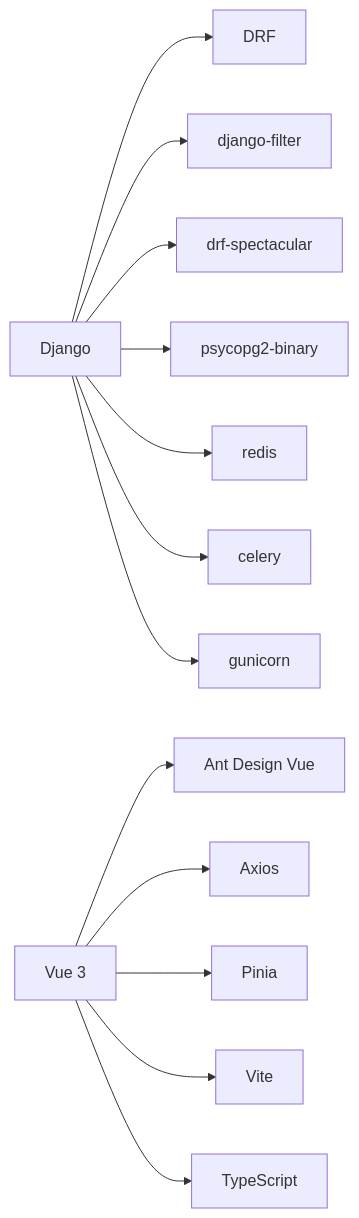
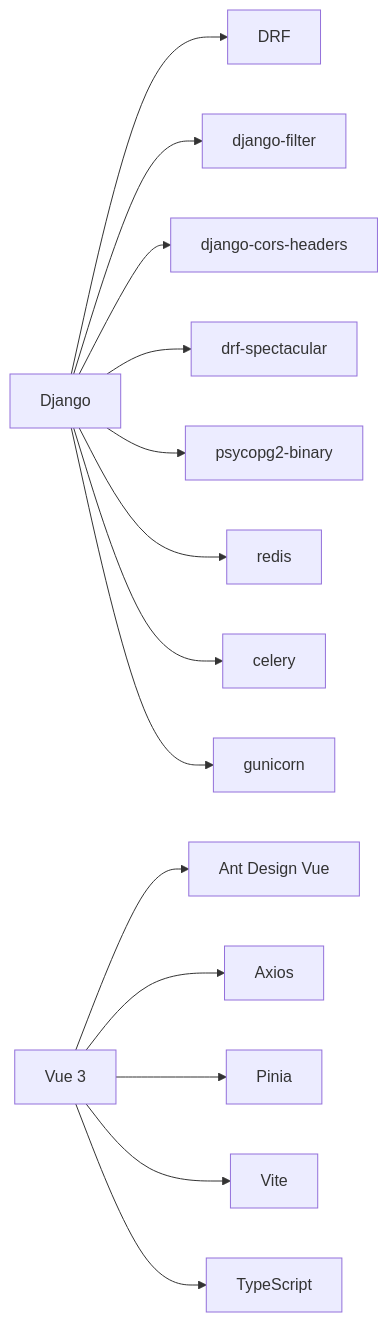
The third of 3 diagrams in .qoder/repowiki/zh/content/部署配置/部署配置.md (zyp-coder/Metadata), drawn with Mermaid before and after one commit. The commit also changed other lines of this file and 40 other files, not shown here.

````diff
--- a/.qoder/repowiki/zh/content/部署配置/部署配置.md
+++ b/.qoder/repowiki/zh/content/部署配置/部署配置.md
@@ -223,15 +241,16 @@
 ```mermaid
 graph LR
 A["Django"] --> B["DRF"]
 A --> C["django-filter"]
-A --> D["drf-spectacular"]
-A --> E["psycopg2-binary"]
-A --> F["redis"]
-A --> G["celery"]
-A --> H["gunicorn"]
-I["Vue 3"] --> J["Ant Design Vue"]
-I --> K["Axios"]
-I --> L["Pinia"]
-I --> M["Vite"]
-I --> N["TypeScript"]
+A --> D["django-cors-headers"]
+A --> E["drf-spectacular"]
+A --> F["psycopg2-binary"]
+A --> G["redis"]
+A --> H["celery"]
+A --> I["gunicorn"]
+J["Vue 3"] --> K["Ant Design Vue"]
+J --> L["Axios"]
+J --> M["Pinia"]
+J --> N["Vite"]
+J --> O["TypeScript"]
 ```
````
